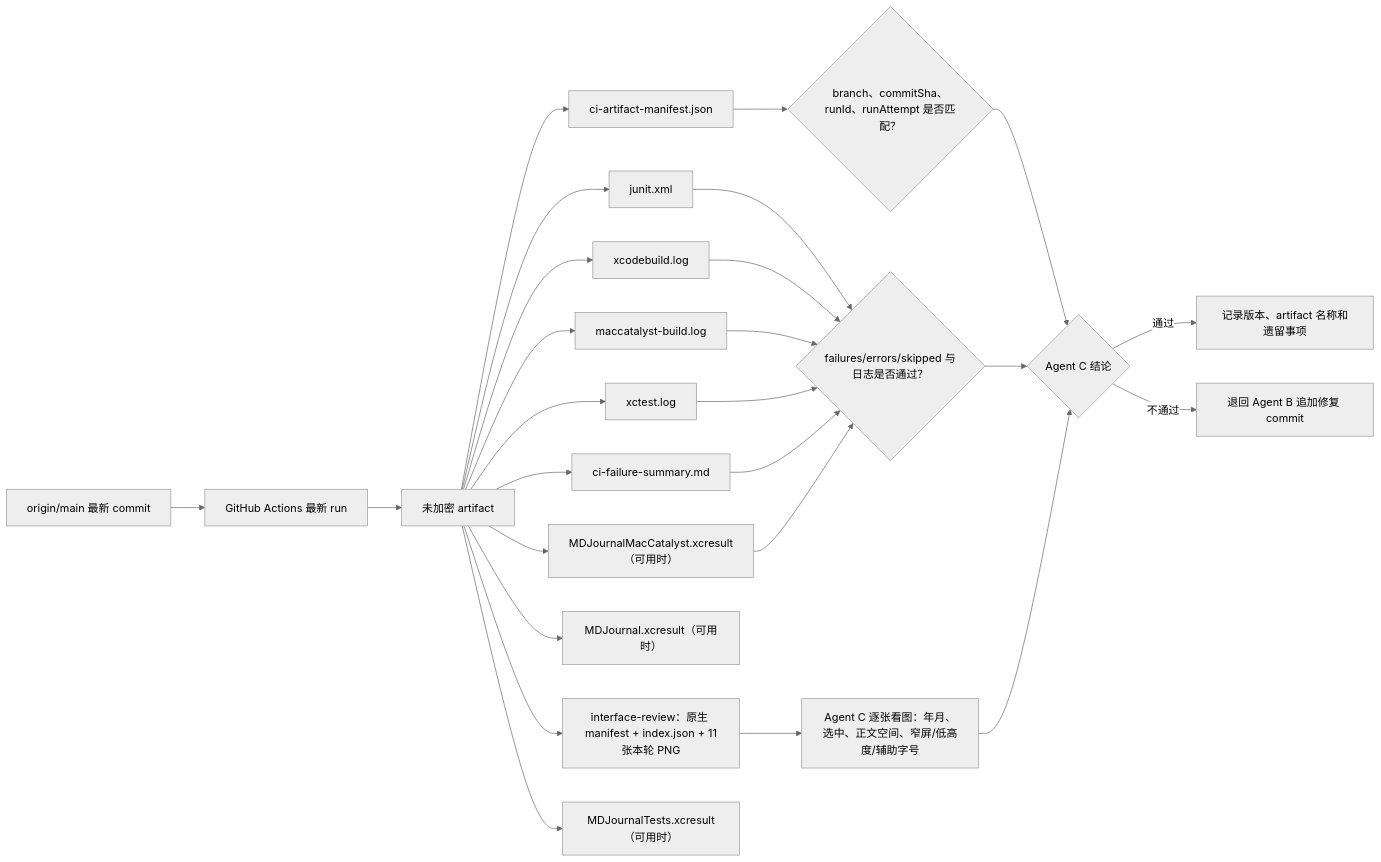
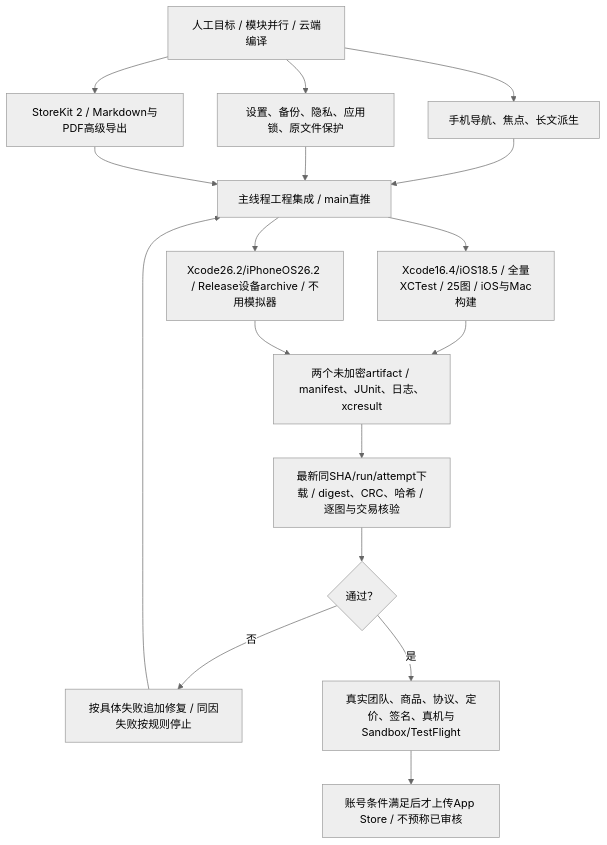
Before and after one commit to Altman-sam114/117: the fourth of 4 diagrams in md/flow/flowchart.md, drawn with Mermaid (neutral theme). The commit also changed other lines of this file and 41 other files, not shown here.

````diff
--- a/md/flow/flowchart.md
+++ b/md/flow/flowchart.md
@@ -383,28 +65,19 @@
 ```mermaid
-flowchart LR
-  OriginMain["origin/main 最新 commit"] --> Run["GitHub Actions 最新 run"]
-  Run --> Artifact["未加密 artifact"]
-  Artifact --> Manifest["ci-artifact-manifest.json"]
-  Artifact --> JUnit["junit.xml"]
-  Artifact --> BuildLog["xcodebuild.log"]
-  Artifact --> CatalystLog["maccatalyst-build.log"]
-  Artifact --> TestLog["xctest.log"]
-  Artifact --> Images["interface-review：原生 manifest + index.json + 11张本轮 PNG"]
-  Images --> VisualReview["Agent C 逐张看图：年月、选中、正文空间、窄屏/低高度/辅助字号"]
-  Artifact --> Summary["ci-failure-summary.md"]
-  Artifact --> XCResult["MDJournal.xcresult（可用时）"]
-  Artifact --> CatalystResult["MDJournalMacCatalyst.xcresult（可用时）"]
-  Artifact --> TestResult["MDJournalTests.xcresult（可用时）"]
-  Manifest --> Match{"branch、commitSha、runId、runAttempt 是否匹配？"}
-  JUnit --> Outcome{"failures/errors/skipped 与日志是否通过？"}
-  BuildLog --> Outcome
-  CatalystLog --> Outcome
-  TestLog --> Outcome
-  Summary --> Outcome
-  CatalystResult --> Outcome
-  Match --> Accept{"Agent C 结论"}
-  Outcome --> Accept
-  VisualReview --> Accept
-  Accept -- "通过" --> Record["记录版本、artifact 名称和遗留事项"]
-  Accept -- "不通过" --> Repair["退回 Agent B 追加修复 commit"]
+flowchart TD
+  User["人工目标 / 模块并行 / 云端编译"] --> Mobile["手机导航、焦点、长文派生"]
+  User --> Safety["设置、备份、隐私、应用锁、原文件保护"]
+  User --> Pro["StoreKit 2 / Markdown与PDF高级导出"]
+  Mobile --> Integrate["主线程工程集成 / main直推"]
+  Safety --> Integrate
+  Pro --> Integrate
+  Integrate --> Regression["Xcode16.4/iOS18.5 / 全量XCTest / 25图 / iOS与Mac构建"]
+  Integrate --> Archive["Xcode26.2/iPhoneOS26.2 / Release设备archive / 不用模拟器"]
+  Regression --> Results["两个未加密artifact / manifest、JUnit、日志、xcresult"]
+  Archive --> Results
+  Results --> Review["最新同SHA/run/attempt下载 / digest、CRC、哈希 / 逐图与交易核验"]
+  Review --> Gate{"通过？"}
+  Gate -- "否" --> Fix["按具体失败追加修复 / 同因失败按规则停止"]
+  Fix --> Integrate
+  Gate -- "是" --> Account["真实团队、商品、协议、定价、签名、真机与Sandbox/TestFlight"]
+  Account --> Upload["账号条件满足后才上传App Store / 不预称已审核"]
 ```
````
